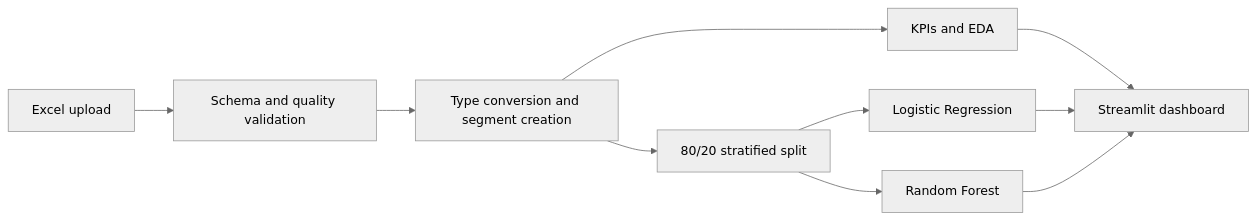
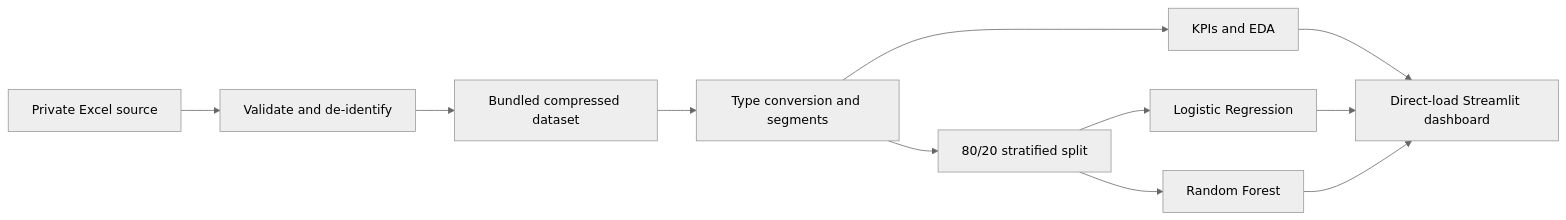
One commit to kamble-rahul/public-git-european-bank-churn-analytics changed the diagram in docs/implementation_guide.md. Above: the diagram before and after it, drawn with Mermaid (neutral theme). The commit also changed other lines of this file and 16 other files, not shown here.

Commit message:
Load standardized dashboard data automatically

````diff
--- a/docs/implementation_guide.md
+++ b/docs/implementation_guide.md
@@ -116,12 +121,13 @@
 ```mermaid
 flowchart LR
-    A[Excel upload] --> B[Schema and quality validation]
-    B --> C[Type conversion and segment creation]
-    C --> D[KPIs and EDA]
-    C --> E[80/20 stratified split]
-    E --> F[Logistic Regression]
-    E --> G[Random Forest]
-    D --> H[Streamlit dashboard]
-    F --> H
-    G --> H
+    A[Private Excel source] --> B[Validate and de-identify]
+    B --> C[Bundled compressed dataset]
+    C --> D[Type conversion and segments]
+    D --> E[KPIs and EDA]
+    D --> F[80/20 stratified split]
+    F --> G[Logistic Regression]
+    F --> H[Random Forest]
+    E --> I[Direct-load Streamlit dashboard]
+    G --> I
+    H --> I
 ```
````
